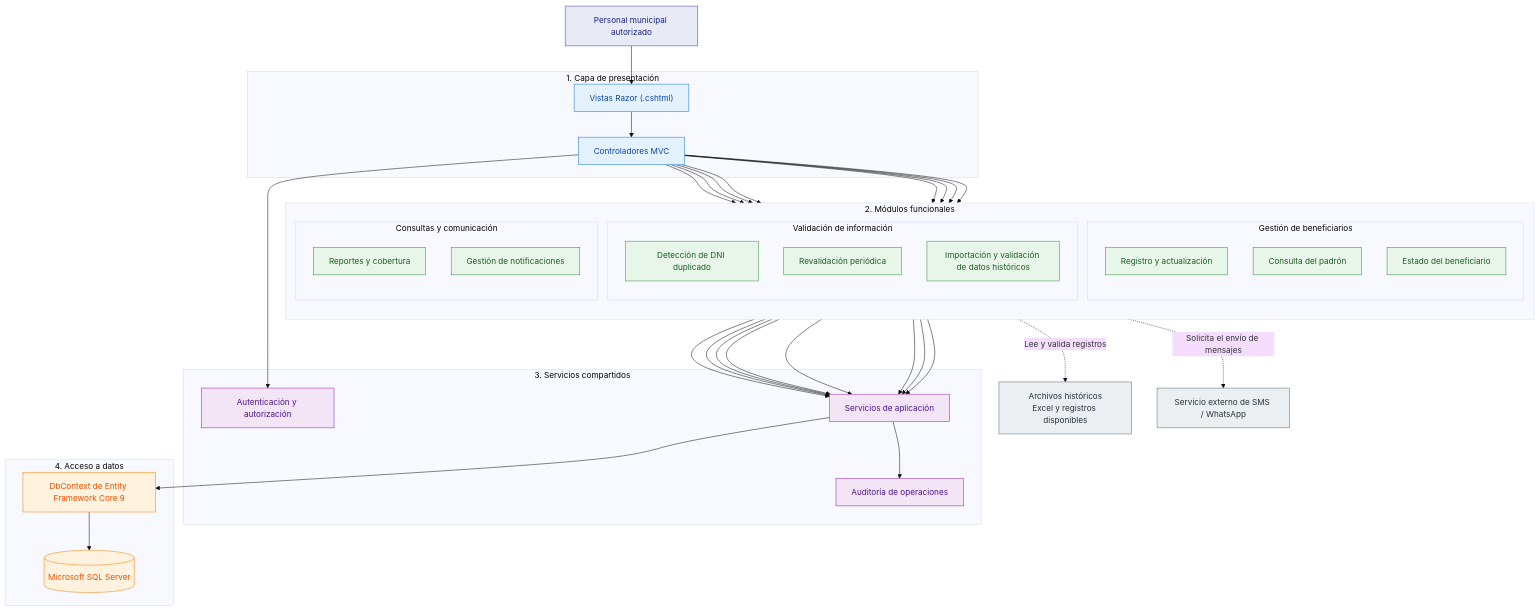
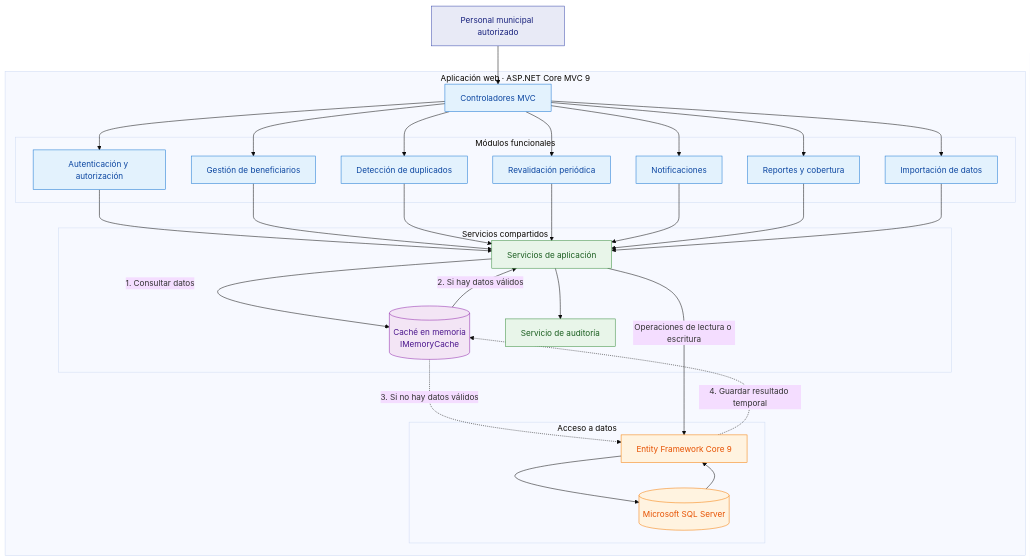
One commit to Yey-Cardenas/Programas-Sociales changed the diagram in arquitectura/C4/C3-componentes.md. Above: the diagram before and after it, drawn with Mermaid (base theme). The commit also changed other lines of this file and 4 other files, not shown here.

````diff
--- a/arquitectura/C4/C3-componentes.md
+++ b/arquitectura/C4/C3-componentes.md
@@ -14,87 +14,68 @@
 flowchart TB
     USR["Personal municipal autorizado"]
 
-    subgraph PRESENTACION["1. Capa de presentación"]
+    subgraph APP["Aplicación web · ASP.NET Core MVC 9"]
         CTRL["Controladores MVC"]
-        VIEW["Vistas Razor (.cshtml)"]
-    end
 
-    subgraph MODULOS["2. Módulos funcionales"]
-        direction TB
-
-        subgraph GESTION["Gestión de beneficiarios"]
-            REG["Registro y actualización"]
-            PAD["Consulta del padrón"]
-            EST["Estado del beneficiario"]
+        subgraph MODULOS["Módulos funcionales"]
+            AUTH["Autenticación y autorización"]
+            BEN["Gestión de beneficiarios"]
+            DUP["Detección de duplicados"]
+            REV["Revalidación periódica"]
+            NOTI["Notificaciones"]
+            REP["Reportes y cobertura"]
+            IMP["Importación de datos"]
         end
 
-        subgraph VALIDACION["Validación de información"]
-            DUP["Detección de DNI duplicado"]
-            REVA["Revalidación periódica"]
-            IMP["Importación y validación de datos históricos"]
+        subgraph SERVICIOS["Servicios compartidos"]
+            SVC["Servicios de aplicación"]
+            CACHE[("Caché en memoria<br/>IMemoryCache")]
+            AUD["Servicio de auditoría"]
         end
 
-        subgraph CONSULTA["Consultas y comunicación"]
-            REP["Reportes y cobertura"]
-            NOTI["Gestión de notificaciones"]
+        subgraph PERSISTENCIA["Acceso a datos"]
+            EF["Entity Framework Core 9"]
+            DB[("Microsoft SQL Server")]
         end
     end
 
-    subgraph COMPARTIDOS["3. Servicios compartidos"]
-        AUTH["Autenticación y autorización"]
-        AUD["Auditoría de operaciones"]
-        SERV["Servicios de aplicación"]
-    end
-
-    subgraph DATOS["4. Acceso a datos"]
-        CTX["DbContext de Entity Framework Core 9"]
-        SQL[("Microsoft SQL Server")]
-    end
-
-    HIST["Archivos históricos<br/>Excel y registros disponibles"]
-    MSG["Servicio externo de SMS / WhatsApp"]
-
-    USR --> VIEW
-    VIEW --> CTRL
-
-    CTRL --> REG
-    CTRL --> PAD
-    CTRL --> EST
-    CTRL --> DUP
-    CTRL --> REVA
-    CTRL --> IMP
-    CTRL --> REP
-    CTRL --> NOTI
+    USR --> CTRL
 
     CTRL --> AUTH
+    CTRL --> BEN
+    CTRL --> DUP
+    CTRL --> REV
+    CTRL --> NOTI
+    CTRL --> REP
+    CTRL --> IMP
 
-    REG --> SERV
-    PAD --> SERV
-    EST --> SERV
-    DUP --> SERV
-    REVA --> SERV
-    IMP --> SERV
-    REP --> SERV
-    NOTI --> SERV
+    AUTH --> SVC
+    BEN --> SVC
+    DUP --> SVC
+    REV --> SVC
+    NOTI --> SVC
+    REP --> SVC
+    IMP --> SVC
 
-    SERV --> AUD
-    SERV --> CTX
-    CTX --> SQL
+    SVC -->|"1. Consultar datos"| CACHE
+    CACHE -->|"2. Si hay datos válidos"| SVC
+    CACHE -.->|"3. Si no hay datos válidos"| EF
+    EF --> DB
+    DB --> EF
+    EF -.->|"4. Guardar resultado temporal"| CACHE
+    SVC --> AUD
 
-    IMP -. "Lee y valida registros" .-> HIST
-    NOTI -. "Solicita el envío de mensajes" .-> MSG
+    SVC -->|"Operaciones de lectura o escritura"| EF
 
     classDef actor fill:#E8EAF6,stroke:#3949AB,color:#1A237E
-    classDef presentacion fill:#E3F2FD,stroke:#1976D2,color:#0D47A1
-    classDef gestion fill:#E8F5E9,stroke:#388E3C,color:#1B5E20
-    classDef compartidos fill:#F3E5F5,stroke:#8E24AA,color:#4A148C
+    classDef modulo fill:#E3F2FD,stroke:#1976D2,color:#0D47A1
+    classDef servicio fill:#E8F5E9,stroke:#388E3C,color:#1B5E20
+    classDef cache fill:#F3E5F5,stroke:#8E24AA,color:#4A148C
     classDef datos fill:#FFF3E0,stroke:#F57C00,color:#E65100
-    classDef externo fill:#ECEFF1,stroke:#546E7A,color:#263238
 
     class USR actor
-    class CTRL,VIEW presentacion
-    class REG,PAD,EST,DUP,REVA,IMP,REP,NOTI gestion
-    class AUTH,AUD,SERV compartidos
-    class CTX,SQL datos
-    class HIST,MSG externo
+    class CTRL,AUTH,BEN,DUP,REV,NOTI,REP,IMP modulo
+    class SVC,AUD servicio
+    class CACHE cache
+    class EF,DB datos
 ```
````
